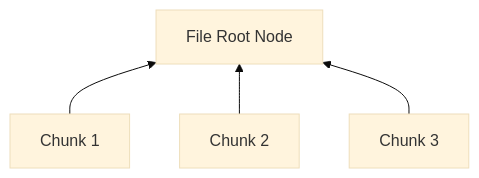
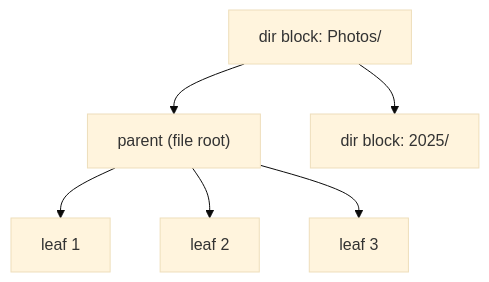
One commit to highercomve/nomadfs changed the diagram in learning/storage/overview.md. Above: the diagram before and after it, drawn with Mermaid (base theme). The commit also changed other lines of this file and 44 other files, not shown here.

````diff
--- a/learning/storage/overview.md
+++ b/learning/storage/overview.md
@@ -17,6 +28,8 @@
 ```mermaid
-graph BT
-    Block1[Chunk 1] --> Root[File Root Node]
-    Block2[Chunk 2] --> Root
-    Block3[Chunk 3] --> Root
+graph TD
+    Dir["dir block: Photos/"] --> Root["parent (file root)"]
+    Dir --> Sub["dir block: 2025/"]
+    Root --> L1[leaf 1]
+    Root --> L2[leaf 2]
+    Root --> L3[leaf 3]
 ```
````
